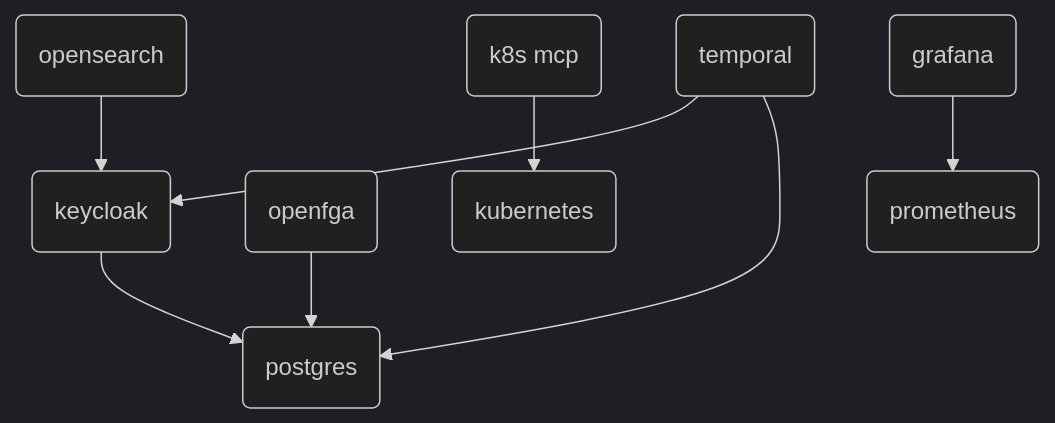
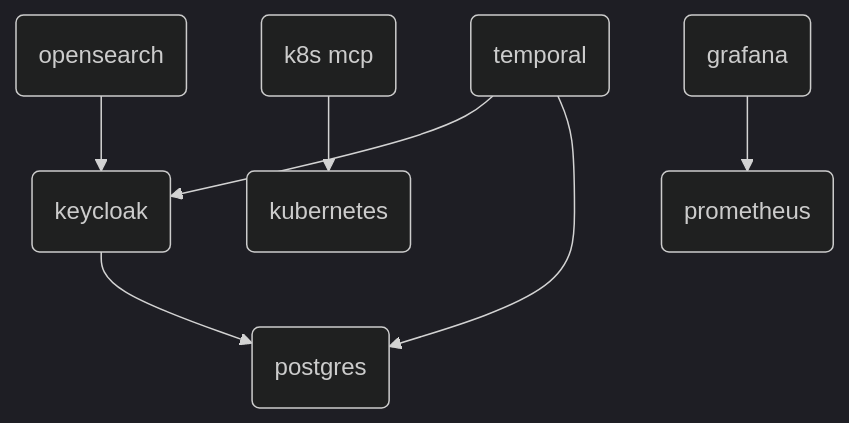
One commit to fred-agent/fred-deployment-factory changed the diagram in docker/README.md. Above: the diagram before and after it, drawn with Mermaid (dark theme). The commit also changed other lines of this file and 35 other files, not shown here.

Commit message:
adapt to new weaver architecture

````diff
--- a/docker/README.md
+++ b/docker/README.md
@@ -76,11 +74,10 @@
 ```mermaid
 graph TB
 A(keycloak) --> E(postgres)
 C(opensearch) --> A(keycloak)
-I(openfga) --> E(postgres)
 H(temporal) --> A(keycloak)
 H(temporal) --> E(postgres)
 F(k8s mcp) --> G(kubernetes)
 J(prometheus)
 K(grafana) --> J(prometheus)
 ```
````
